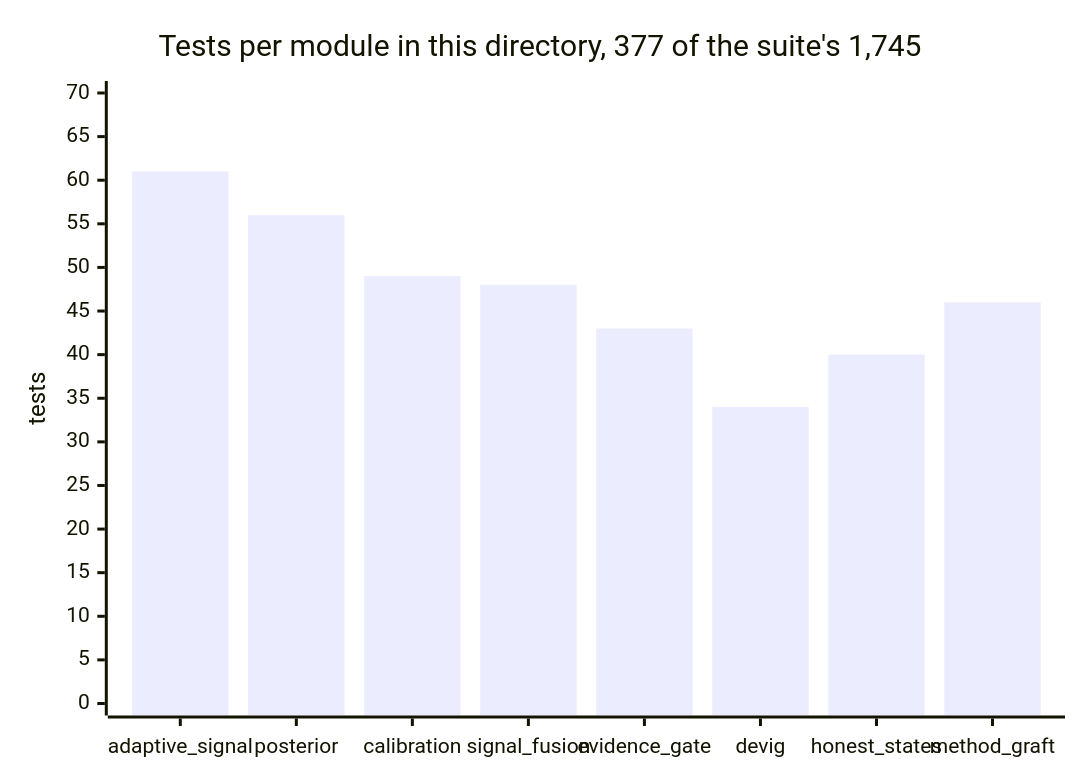
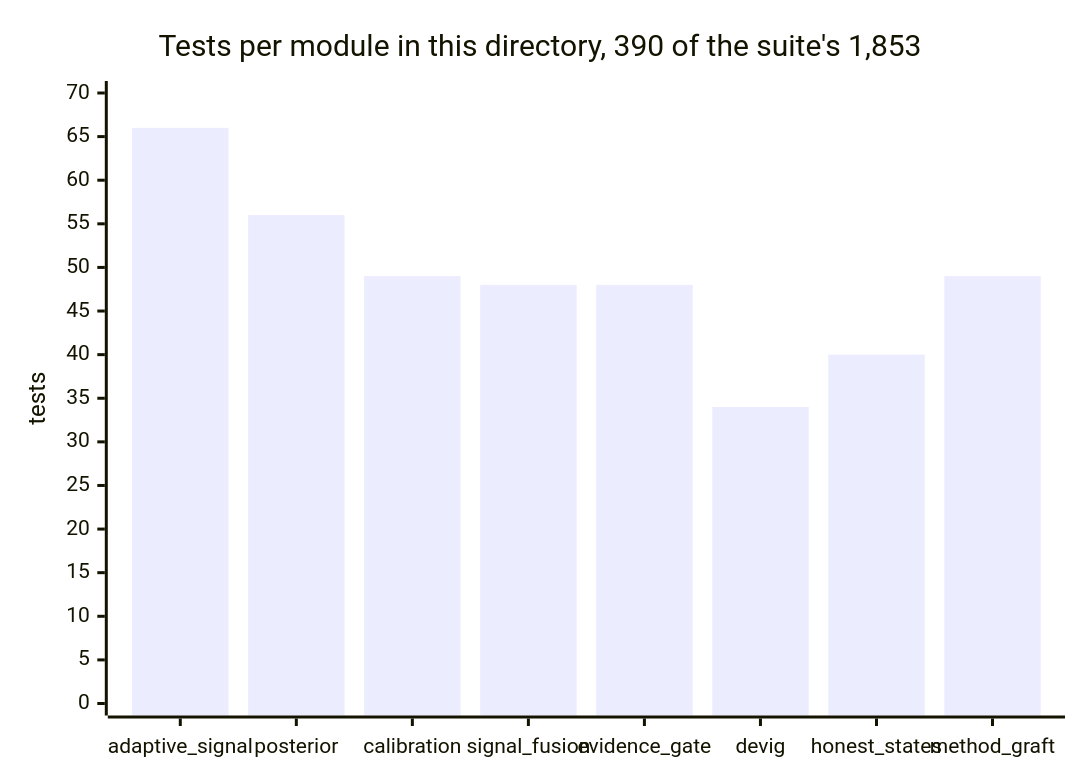
One commit to greeklinux/Showcase changed the ninth of 10 diagrams in polymind/README.md. Above: the diagram before and after it, drawn with Mermaid. The commit also changed other lines of this file and 44 other files, not shown here.

````diff
--- a/polymind/README.md
+++ b/polymind/README.md
@@ -602,7 +602,7 @@
 ```mermaid
 xychart-beta
-    title "Tests per module in this directory, 377 of the suite's 1,745"
+    title "Tests per module in this directory, 390 of the suite's 1,853"
     x-axis ["adaptive_signal", "posterior", "calibration", "signal_fusion", "evidence_gate", "devig", "honest_states", "method_graft"]
     y-axis "tests" 0 --> 70
-    bar [61, 56, 49, 48, 43, 34, 40, 46]
+    bar [66, 56, 49, 48, 48, 34, 40, 49]
 ```
````
